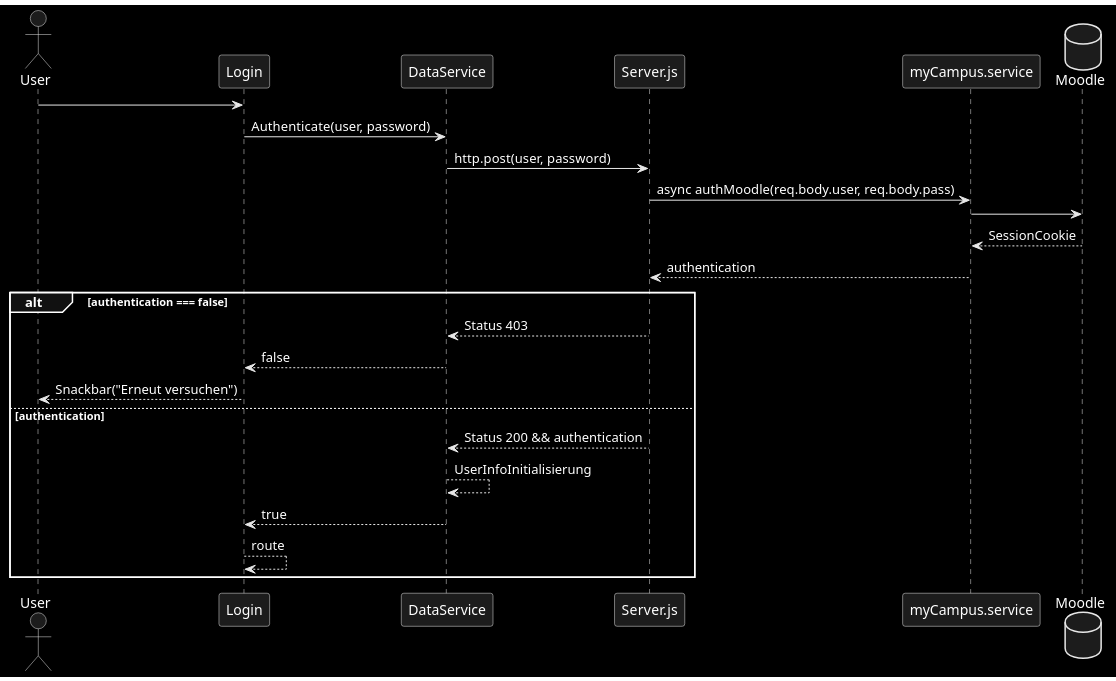
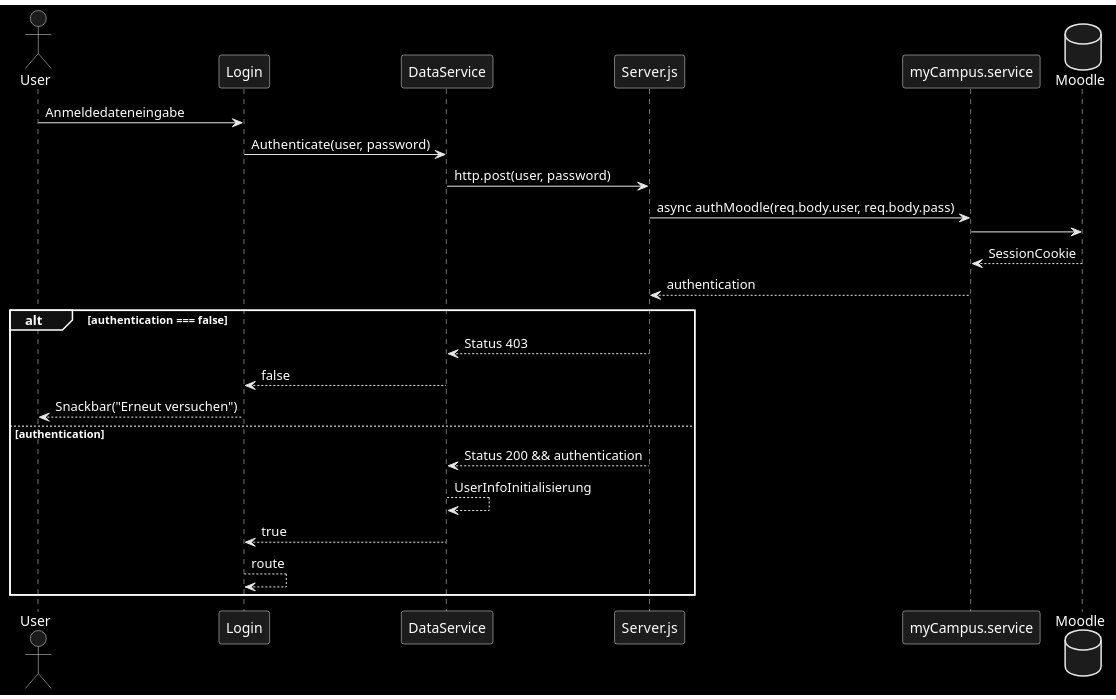
Before and after one commit to IUBH-Fallstudie/dash: the diagram in src/app/Dash Login.puml, drawn with PlantUML.

Commit message:
UML Login V.2

```diff
--- a/src/app/Dash Login.puml
+++ b/src/app/Dash Login.puml
@@ -1,26 +1,26 @@
 @startuml
 skinparam monochrome reverse
 skinparam RectangleBackgroundColor white
 database Moodle order 7
 actor User
 
-User -> Login
+User -> Login: Anmeldedateneingabe
 Login -> DataService: Authenticate(user, password)
 DataService -> Server.js: http.post(user, password)
 Server.js -> myCampus.service: async authMoodle(req.body.user, req.body.pass)
 myCampus.service -> Moodle:
 
 Moodle --> myCampus.service: SessionCookie
 myCampus.service --> Server.js: authentication
 
 alt authentication === false
   Server.js --> DataService: Status 403
   DataService --> Login: false
   Login --> User: Snackbar("Erneut versuchen")
 else authentication
   Server.js --> DataService: Status 200 && authentication
   DataService --> DataService: UserInfoInitialisierung
   DataService --> Login: true
   Login --> Login: route
 end
 @enduml
```
